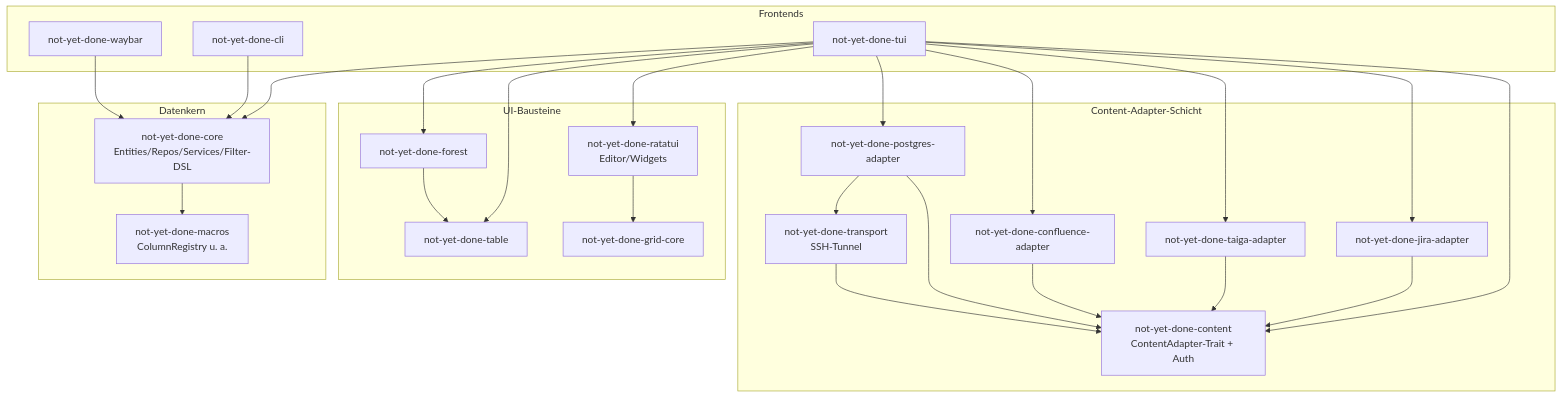
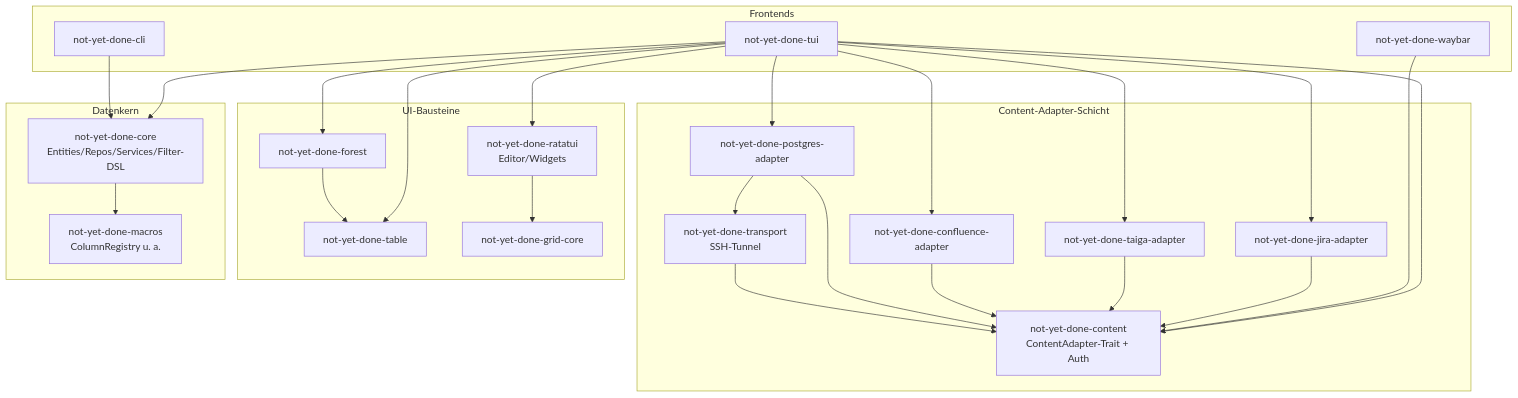
Before and after one commit to bschnitz/not-yet-done: the first of 3 diagrams in docs/architecture.md, drawn with Mermaid. The commit also changed other lines of this file and 4 other files, not shown here.

First line of the commit message:
feat(waybar): adapter-backed tracking module, decoupled from core/task-core

````diff
--- a/docs/architecture.md
+++ b/docs/architecture.md
@@ -35,53 +35,53 @@
 ```mermaid
 flowchart TD
     subgraph Frontends
         TUI[not-yet-done-tui]
         CLI[not-yet-done-cli]
         WAYBAR[not-yet-done-waybar]
     end
 
     subgraph "Content-Adapter-Schicht"
         CONTENT[not-yet-done-content<br/>ContentAdapter-Trait + Auth]
         JIRA[not-yet-done-jira-adapter]
         TAIGA[not-yet-done-taiga-adapter]
         PG[not-yet-done-postgres-adapter]
         CONF[not-yet-done-confluence-adapter]
         TRANSPORT[not-yet-done-transport<br/>SSH-Tunnel]
     end
 
     subgraph "UI-Bausteine"
         FOREST[not-yet-done-forest]
         TABLE[not-yet-done-table]
         NYDRATATUI[not-yet-done-ratatui<br/>Editor/Widgets]
         GRID[not-yet-done-grid-core]
     end
 
     subgraph Datenkern
         CORE[not-yet-done-core<br/>Entities/Repos/Services/Filter-DSL]
         MACROS[not-yet-done-macros<br/>ColumnRegistry u. a.]
     end
 
     TUI --> CORE
     TUI --> CONTENT
     TUI --> JIRA
     TUI --> TAIGA
     TUI --> PG
     TUI --> CONF
     TUI --> FOREST
     TUI --> TABLE
     TUI --> NYDRATATUI
 
     CLI --> CORE
-    WAYBAR --> CORE
+    WAYBAR --> CONTENT
 
     JIRA --> CONTENT
     TAIGA --> CONTENT
     CONF --> CONTENT
     PG --> CONTENT
     PG --> TRANSPORT
     TRANSPORT --> CONTENT
 
     FOREST --> TABLE
     NYDRATATUI --> GRID
     CORE --> MACROS
 ```
````
